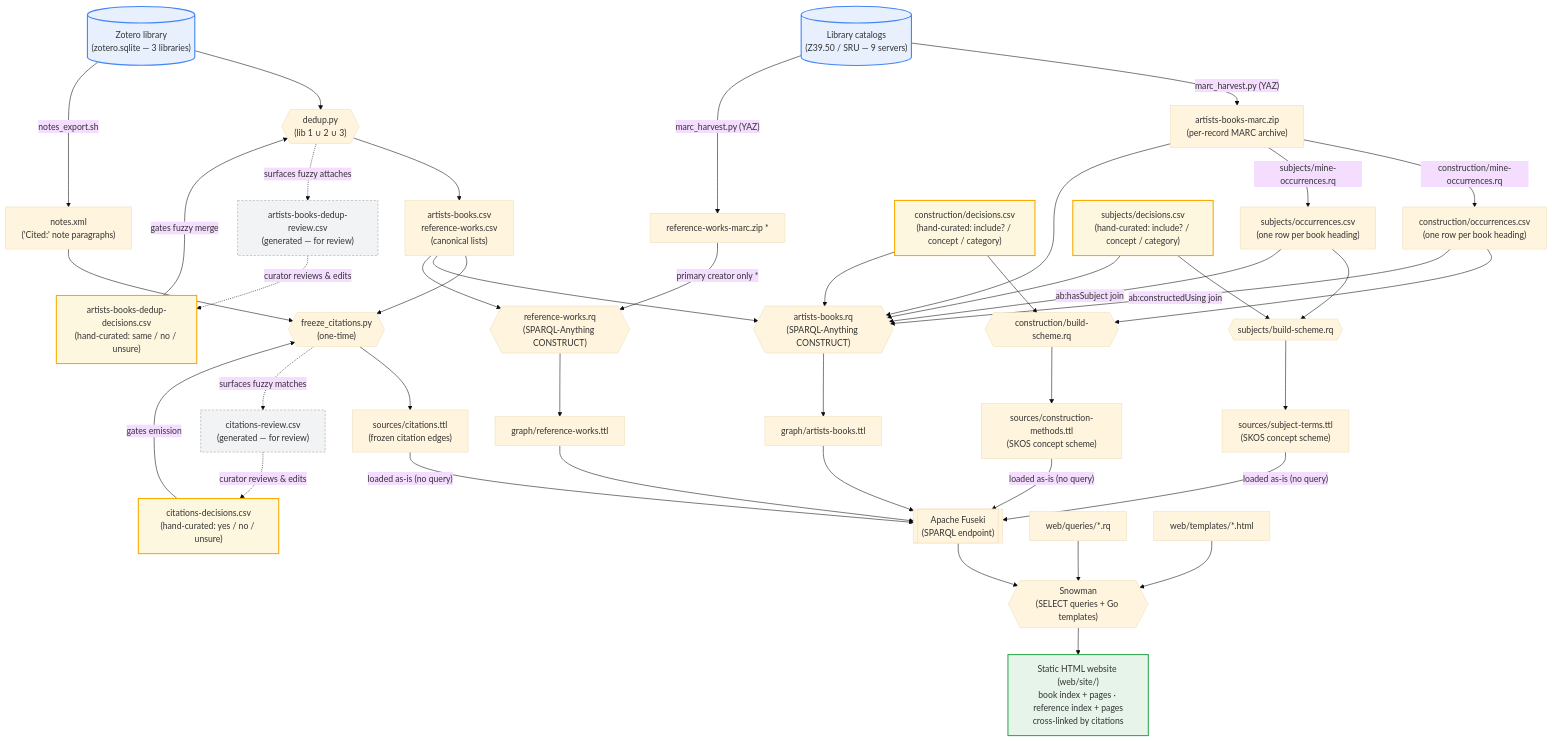
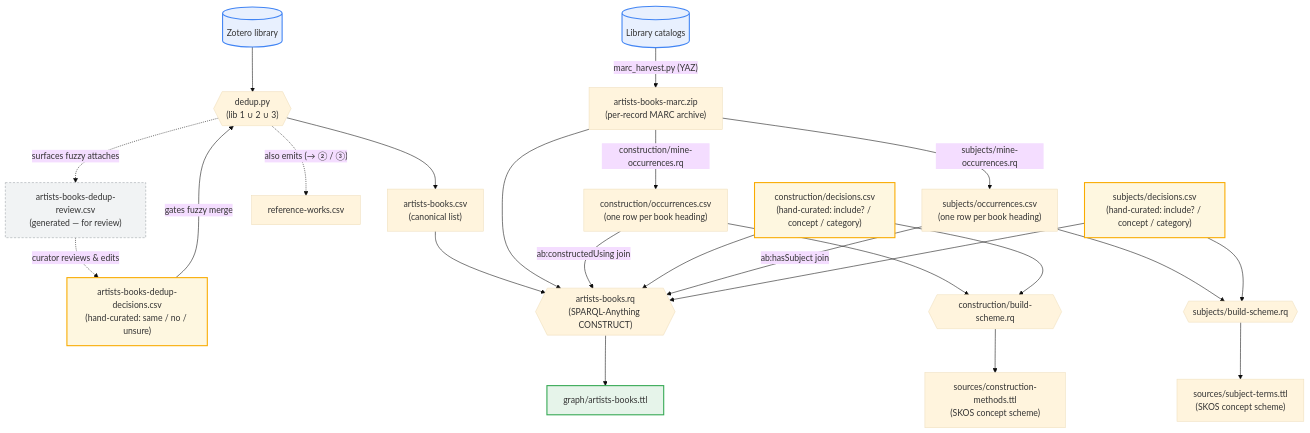
The second of 5 diagrams in docs/PIPELINE.md (dkglab/artists-books), drawn with Mermaid (base theme) before and after one commit. The commit also changed other lines of this file, not shown here.

First line of the commit message:
docs: split the pipeline diagram into an overview + four stage diagrams

````diff
--- a/docs/PIPELINE.md
+++ b/docs/PIPELINE.md
@@ -9,73 +56,45 @@
 ```mermaid
 flowchart TD
-    %% ---- Inputs ----
-    zotero[("Zotero library<br/>(zotero.sqlite — 3 libraries)")]
-    catalogs[("Library catalogs<br/>(Z39.50 / SRU — 9 servers)")]
+    zotero[("Zotero library")]
+    catalogs[("Library catalogs")]
 
-    %% ---- Stage 1: source extraction + one-time Phase-0 freeze (issue #82) ----
+    %% ---- dedup (shared source extraction; also emits reference-works.csv) ----
     zotero --> dedup{{"dedup.py<br/>(lib 1 ∪ 2 ∪ 3)"}}
     abddec["artists-books-dedup-decisions.csv<br/>(hand-curated: same / no / unsure)"] -->|"gates fuzzy merge"| dedup
-    dedup --> csvs["artists-books.csv<br/>reference-works.csv<br/>(canonical lists)"]
+    dedup --> abcsv["artists-books.csv<br/>(canonical list)"]
     dedup -.->|"surfaces fuzzy attaches"| abdrev["artists-books-dedup-review.csv<br/>(generated — for review)"]
     abdrev -.->|"curator reviews & edits"| abddec
-
-    zotero -->|"notes_export.sh"| notes["notes.xml<br/>('Cited:' note paragraphs)"]
-    notes --> freeze{{"freeze_citations.py<br/>(one-time)"}}
-    csvs --> freeze
-    citdec["citations-decisions.csv<br/>(hand-curated: yes / no / unsure)"] -->|"gates emission"| freeze
-    freeze --> citttl["sources/citations.ttl<br/>(frozen citation edges)"]
-    freeze -.->|"surfaces fuzzy matches"| citrev["citations-review.csv<br/>(generated — for review)"]
-    citrev -.->|"curator reviews & edits"| citdec
+    dedup -.->|"also emits (→ ② / ③)"| refcsv["reference-works.csv"]
 
     catalogs -->|"marc_harvest.py (YAZ)"| marc["artists-books-marc.zip<br/>(per-record MARC archive)"]
-    catalogs -->|"marc_harvest.py (YAZ)"| refmarc["reference-works-marc.zip *"]
 
-    %% ---- Construction-methods SKOS vocabulary (mined from the book MARC) ----
+    %% ---- construction-methods SKOS (how a book is made) ----
     marc -->|"construction/mine-occurrences.rq"| cocc["construction/occurrences.csv<br/>(one row per book heading)"]
     cocc --> cbuild{{"construction/build-scheme.rq"}}
     cdec["construction/decisions.csv<br/>(hand-curated: include? / concept / category)"] --> cbuild
     cbuild --> cmttl["sources/construction-methods.ttl<br/>(SKOS concept scheme)"]
 
-    %% ---- Subject-terms SKOS vocabulary (mined from the book MARC) ----
+    %% ---- subject-terms SKOS (what a book is about) ----
     marc -->|"subjects/mine-occurrences.rq"| socc["subjects/occurrences.csv<br/>(one row per book heading)"]
     socc --> sbuild{{"subjects/build-scheme.rq"}}
     sdec["subjects/decisions.csv<br/>(hand-curated: include? / concept / category)"] --> sbuild
     sbuild --> smttl["sources/subject-terms.ttl<br/>(SKOS concept scheme)"]
 
-    %% ---- Stage 2: CONSTRUCT queries (SPARQL-Anything) ----
-    csvs --> abrq{{"artists-books.rq<br/>(SPARQL-Anything CONSTRUCT)"}}
+    %% ---- CONSTRUCT ----
+    abcsv --> abrq{{"artists-books.rq<br/>(SPARQL-Anything CONSTRUCT)"}}
     marc --> abrq
     cocc -->|"ab:constructedUsing join"| abrq
     cdec --> abrq
     socc -->|"ab:hasSubject join"| abrq
     sdec --> abrq
-    csvs --> refrq{{"reference-works.rq<br/>(SPARQL-Anything CONSTRUCT)"}}
-    refmarc -->|"primary creator only *"| refrq
-
     abrq --> abttl["graph/artists-books.ttl"]
-    refrq --> refttl["graph/reference-works.ttl"]
-
-    %% ---- Stage 3: graph store ----
-    abttl --> fuseki[["Apache Fuseki<br/>(SPARQL endpoint)"]]
-    refttl --> fuseki
-    citttl -->|"loaded as-is (no query)"| fuseki
-    cmttl -->|"loaded as-is (no query)"| fuseki
-    smttl -->|"loaded as-is (no query)"| fuseki
-
-    %% ---- Stage 4: site generation ----
-    fuseki --> snowman{{"Snowman<br/>(SELECT queries + Go templates)"}}
-    selects["web/queries/*.rq"] --> snowman
-    templates["web/templates/*.html"] --> snowman
-
-    %% ---- Output ----
-    snowman --> site["Static HTML website (web/site/)<br/>book index + pages · reference index + pages<br/>cross-linked by citations"]
 
     classDef input fill:#e8f0fe,stroke:#4285f4,stroke-width:2px;
     classDef output fill:#e6f4ea,stroke:#34a853,stroke-width:2px;
     classDef curation fill:#fef7e0,stroke:#f9ab00,stroke-width:2px;
     classDef review fill:#f1f3f4,stroke:#9aa0a6,stroke-width:1px,stroke-dasharray:4 3;
     class zotero,catalogs input;
-    class abddec,citdec,cdec,sdec curation;
-    class abdrev,citrev review;
-    class site output;
+    class abddec,cdec,sdec curation;
+    class abdrev review;
+    class abttl output;
 ```
````
